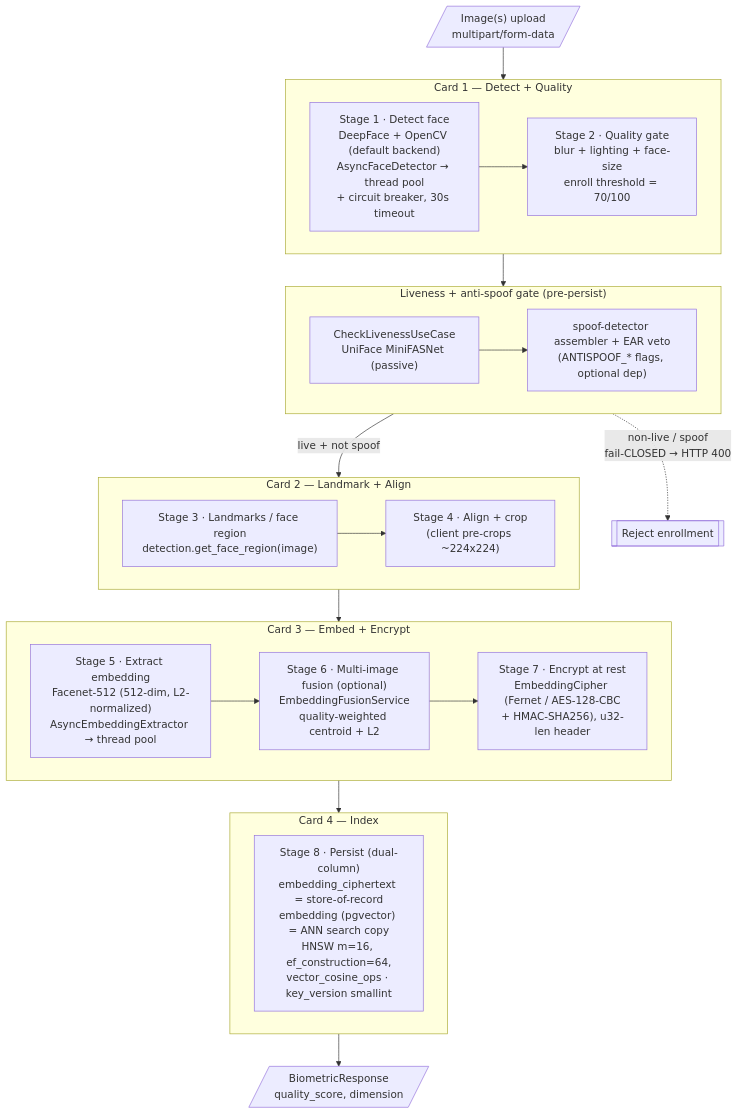
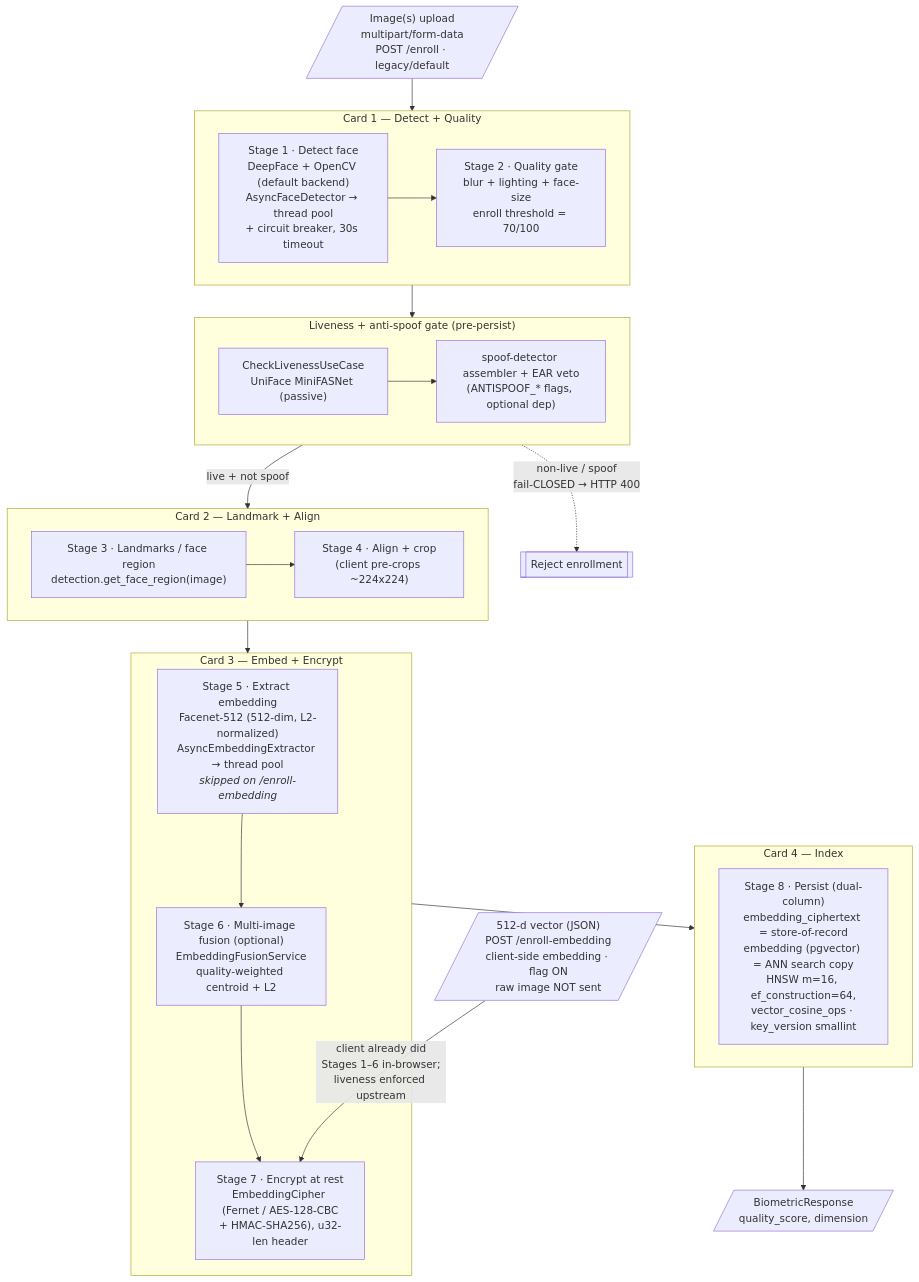
Before and after one commit to Rollingcat-Software/docs: the first of 11 diagrams in diagrams/mermaid/03-biometric-pipelines.md, drawn with Mermaid. The commit also changed other lines of this file and 2 other files, not shown here.

First line of the commit message:
docs(architecture): client-side embedding + puzzle-as-layer diagrams & plan (#22)

````diff
--- a/diagrams/mermaid/03-biometric-pipelines.md
+++ b/diagrams/mermaid/03-biometric-pipelines.md
@@ -38,40 +60,42 @@
 ```mermaid
 flowchart TB
-    IN[/"Image(s) upload<br/>multipart/form-data"/]
+    IN[/"Image(s) upload<br/>multipart/form-data<br/>POST /enroll · legacy/default"/]
+    INV[/"512-d vector (JSON)<br/>POST /enroll-embedding<br/>client-side embedding · flag ON<br/>raw image NOT sent"/]
 
     subgraph C1["Card 1 — Detect + Quality"]
         S1["Stage 1 · Detect face<br/>DeepFace + OpenCV (default backend)<br/>AsyncFaceDetector → thread pool<br/>+ circuit breaker, 30s timeout"]
         S2["Stage 2 · Quality gate<br/>blur + lighting + face-size<br/>enroll threshold = 70/100"]
         S1 --> S2
     end
 
     subgraph LIVE["Liveness + anti-spoof gate (pre-persist)"]
         L1["CheckLivenessUseCase<br/>UniFace MiniFASNet (passive)"]
         L2["spoof-detector assembler + EAR veto<br/>(ANTISPOOF_* flags, optional dep)"]
         L1 --> L2
     end
 
     subgraph C2["Card 2 — Landmark + Align"]
         S3["Stage 3 · Landmarks / face region<br/>detection.get_face_region(image)"]
         S4["Stage 4 · Align + crop<br/>(client pre-crops ~224x224)"]
         S3 --> S4
     end
 
     subgraph C3["Card 3 — Embed + Encrypt"]
-        S5["Stage 5 · Extract embedding<br/>Facenet-512 (512-dim, L2-normalized)<br/>AsyncEmbeddingExtractor → thread pool"]
+        S5["Stage 5 · Extract embedding<br/>Facenet-512 (512-dim, L2-normalized)<br/>AsyncEmbeddingExtractor → thread pool<br/><i>skipped on /enroll-embedding</i>"]
         S6["Stage 6 · Multi-image fusion (optional)<br/>EmbeddingFusionService<br/>quality-weighted centroid + L2"]
         S7["Stage 7 · Encrypt at rest<br/>EmbeddingCipher (Fernet / AES-128-CBC<br/>+ HMAC-SHA256), u32-len header"]
         S5 --> S6 --> S7
     end
 
     subgraph C4["Card 4 — Index"]
         S8["Stage 8 · Persist (dual-column)<br/>embedding_ciphertext = store-of-record<br/>embedding (pgvector) = ANN search copy<br/>HNSW m=16, ef_construction=64,<br/>vector_cosine_ops · key_version smallint"]
     end
 
     IN --> C1
     C1 --> LIVE
     LIVE -->|"live + not spoof"| C2
     LIVE -.->|"non-live / spoof<br/>fail-CLOSED → HTTP 400"| REJ[["Reject enrollment"]]
     C2 --> C3 --> C4
+    INV -->|"client already did<br/>Stages 1–6 in-browser;<br/>liveness enforced upstream"| S7
     C4 --> OUT[/"BiometricResponse<br/>quality_score, dimension"/]
 ```
````
